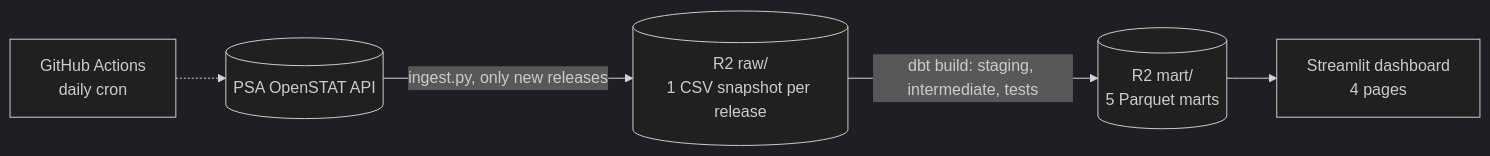
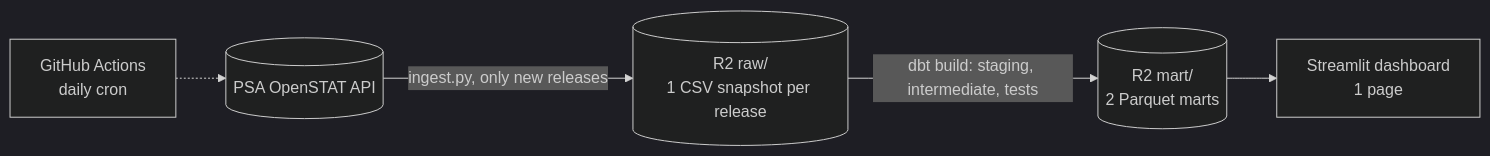
One commit to crylz-z/Agri-Price-Intelligence-Platform changed the diagram in README.md. Above: the diagram before and after it, drawn with Mermaid (dark theme). The commit also changed other lines of this file and 3 other files, not shown here.

````diff
--- a/README.md
+++ b/README.md
@@ -9,7 +9,7 @@
 ```mermaid
 graph LR
     PSA[("PSA OpenSTAT API")] -->|ingest.py, only new releases| RAW[("R2 raw/<br/>1 CSV snapshot per release")]
-    RAW -->|dbt build: staging, intermediate, tests| MART[("R2 mart/<br/>5 Parquet marts")]
-    MART --> UI["Streamlit dashboard<br/>4 pages"]
+    RAW -->|dbt build: staging, intermediate, tests| MART[("R2 mart/<br/>2 Parquet marts")]
+    MART --> UI["Streamlit dashboard<br/>1 page"]
     CRON["GitHub Actions<br/>daily cron"] -.-> PSA
 ```
````
